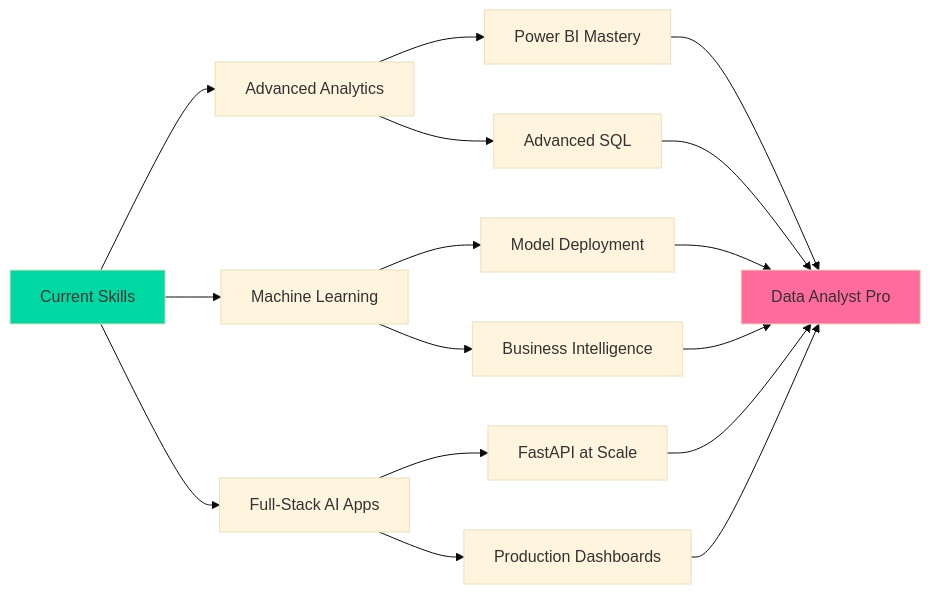
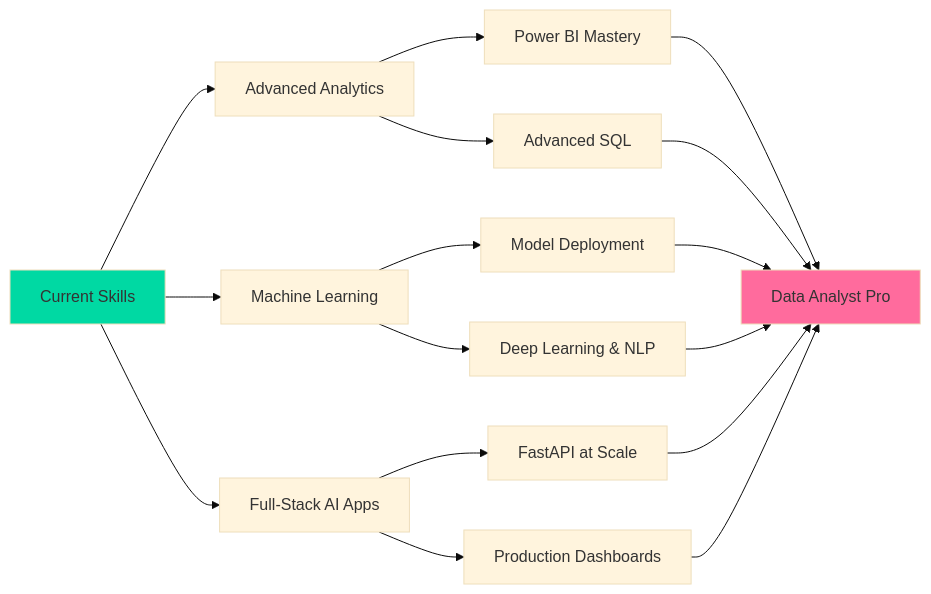
One commit to arpitaengineer08-source/arpitaengineer08-source changed the diagram in README.md. Above: the diagram before and after it, drawn with Mermaid (base theme). The commit also changed other lines of this file, not shown here.

````diff
--- a/README.md
+++ b/README.md
@@ -292,25 +329,25 @@
 ```mermaid
 graph LR
     A[Current Skills] --> B[Advanced Analytics]
     A --> C[Machine Learning]
     A --> D[Full-Stack AI Apps]
 
     B --> E[Power BI Mastery]
     B --> F[Advanced SQL]
 
     C --> G[Model Deployment]
-    C --> H[Business Intelligence]
+    C --> H[Deep Learning & NLP]
 
     D --> I[FastAPI at Scale]
     D --> J[Production Dashboards]
 
     E --> K[Data Analyst Pro]
     F --> K
     G --> K
     H --> K
     I --> K
     J --> K
 
     style A fill:#00D9A3
     style K fill:#FF6B9D
 ```
````
